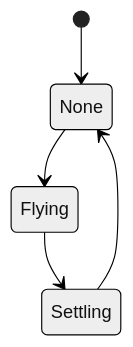
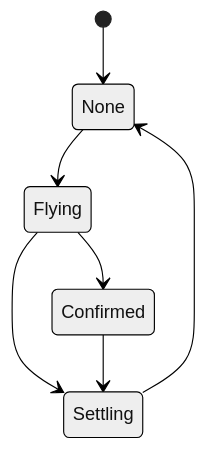
One commit to Kobu-Labs/drycastle changed diagram 57 of 58 in docs/state-machines.md. Above: the diagram before and after it, drawn with Mermaid (neutral theme). The commit also changed other lines of this file and 3 other files, not shown here.

````diff
--- a/docs/state-machines.md
+++ b/docs/state-machines.md
@@ -1353,7 +1353,9 @@
 ```mermaid
 stateDiagram-v2
     [*] --> None
     None --> Flying
+    Flying --> Confirmed
     Flying --> Settling
+    Confirmed --> Settling
     Settling --> None
 ```
````
